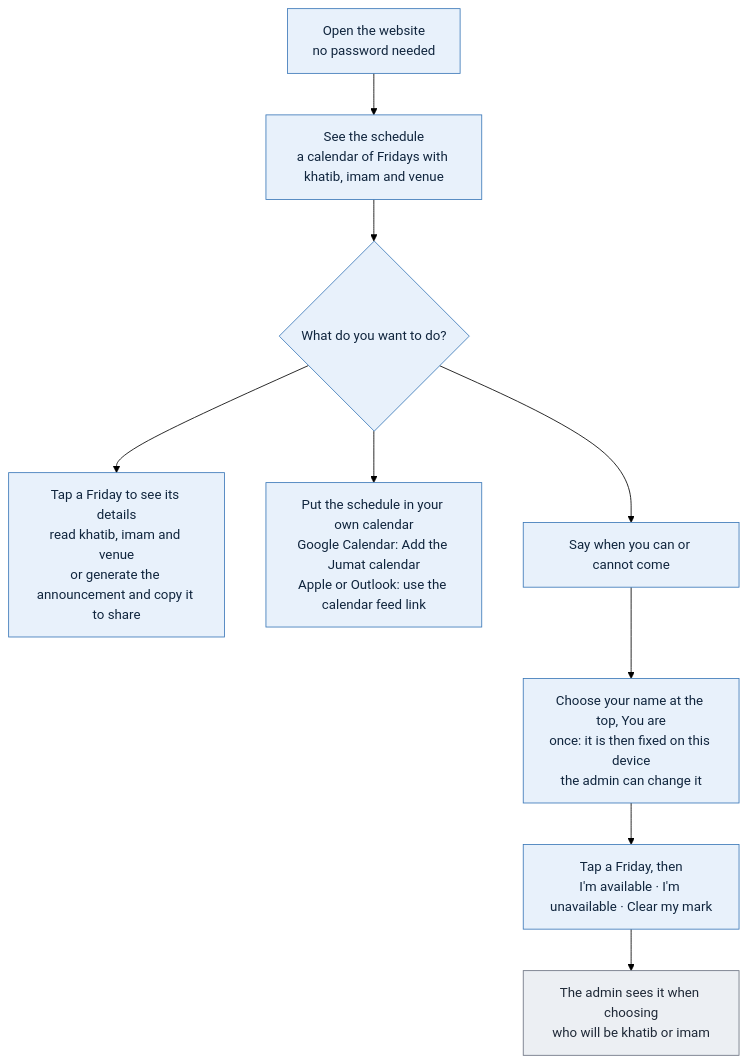
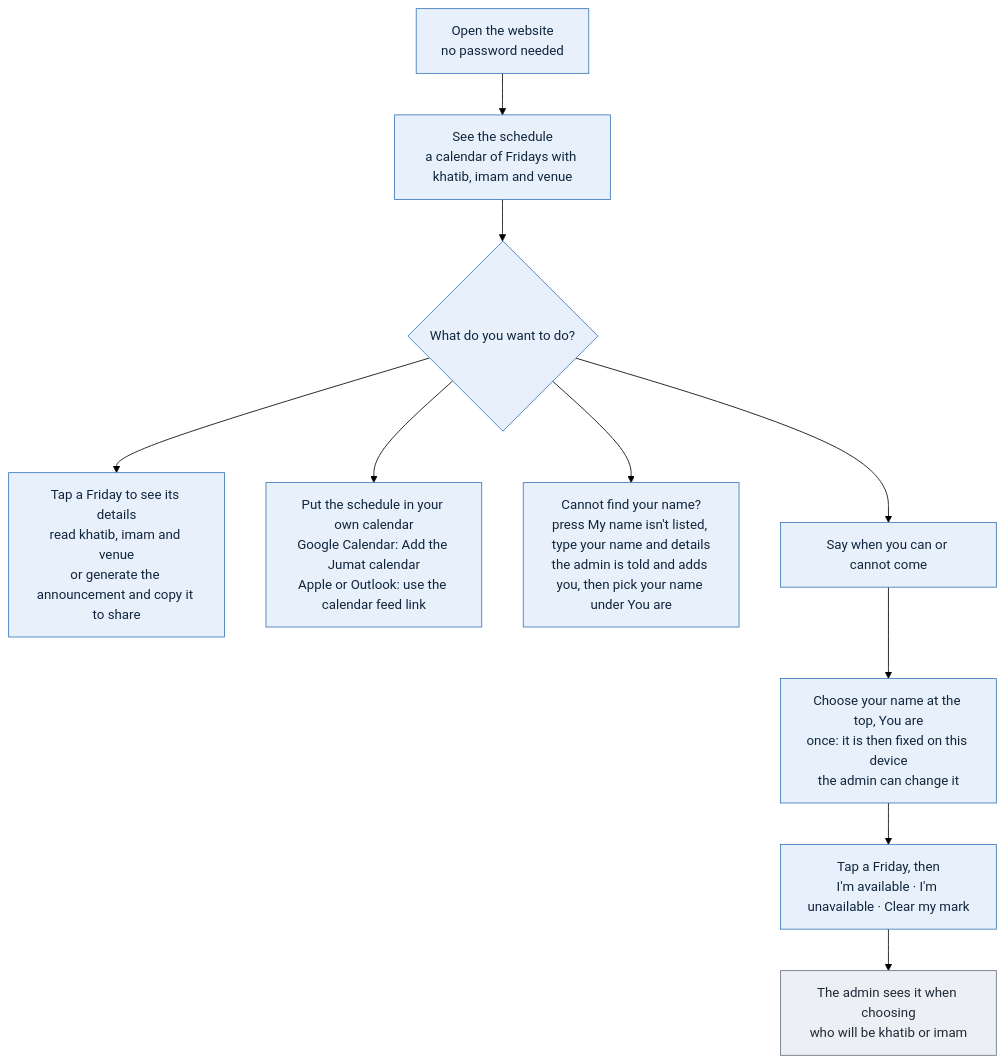
The diagram in public/flows/member.mmd (mushaffarasyidridha/Jumat-Scheduler-NAIST), drawn with Mermaid (forest theme) before and after one commit. The commit also changed 18 other files, not shown here.

First line of the commit message:
"My name isn't listed": people not on the roster send their details to the admin

```diff
--- a/public/flows/member.mmd
+++ b/public/flows/member.mmd
@@ -1,15 +1,16 @@
 flowchart TD
   A["Open the website<br/>no password needed"] --> B["See the schedule<br/>a calendar of Fridays with khatib, imam and venue"]
   B --> C{"What do you want to do?"}
 
   C --> D["Tap a Friday to see its details<br/>read khatib, imam and venue<br/>or generate the announcement and copy it to share"]
   C --> E["Put the schedule in your own calendar<br/>Google Calendar: Add the Jumat calendar<br/>Apple or Outlook: use the calendar feed link"]
+  C --> N["Cannot find your name?<br/>press My name isn't listed, type your name and details<br/>the admin is told and adds you, then pick your name under You are"]
   C --> F["Say when you can or cannot come"]
   F --> F1["Choose your name at the top, You are<br/>once: it is then fixed on this device<br/>the admin can change it"]
   F1 --> F2["Tap a Friday, then<br/>I'm available · I'm unavailable · Clear my mark"]
   F2 --> F3["The admin sees it when choosing<br/>who will be khatib or imam"]
 
   classDef member fill:#e8f1fb,stroke:#3b78b8,color:#10253d
   classDef robot fill:#eceff3,stroke:#6b7280,color:#1f2937
-  class A,B,C,D,E,F,F1,F2 member
+  class A,B,C,D,E,F,F1,F2,N member
   class F3 robot
```
